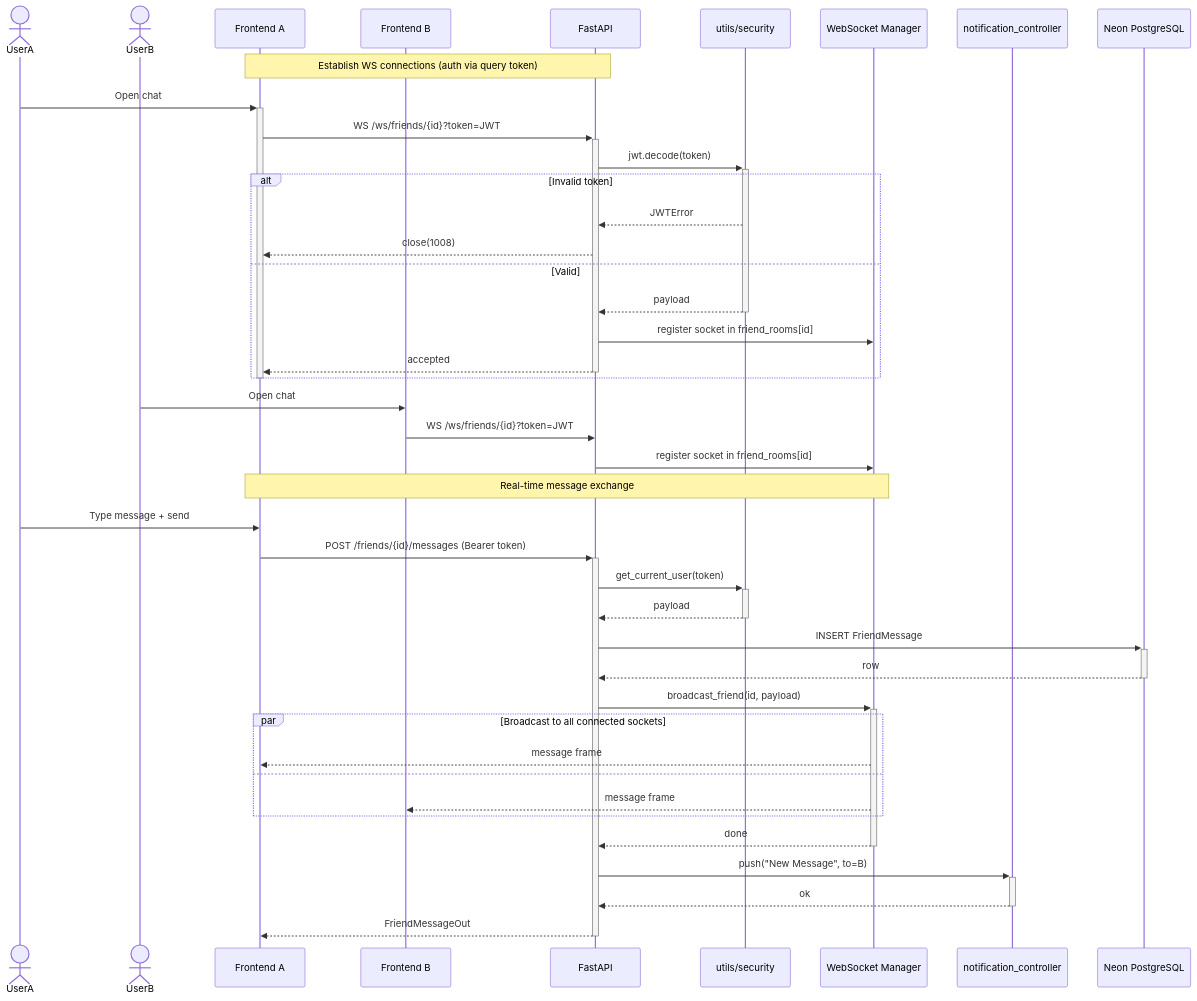
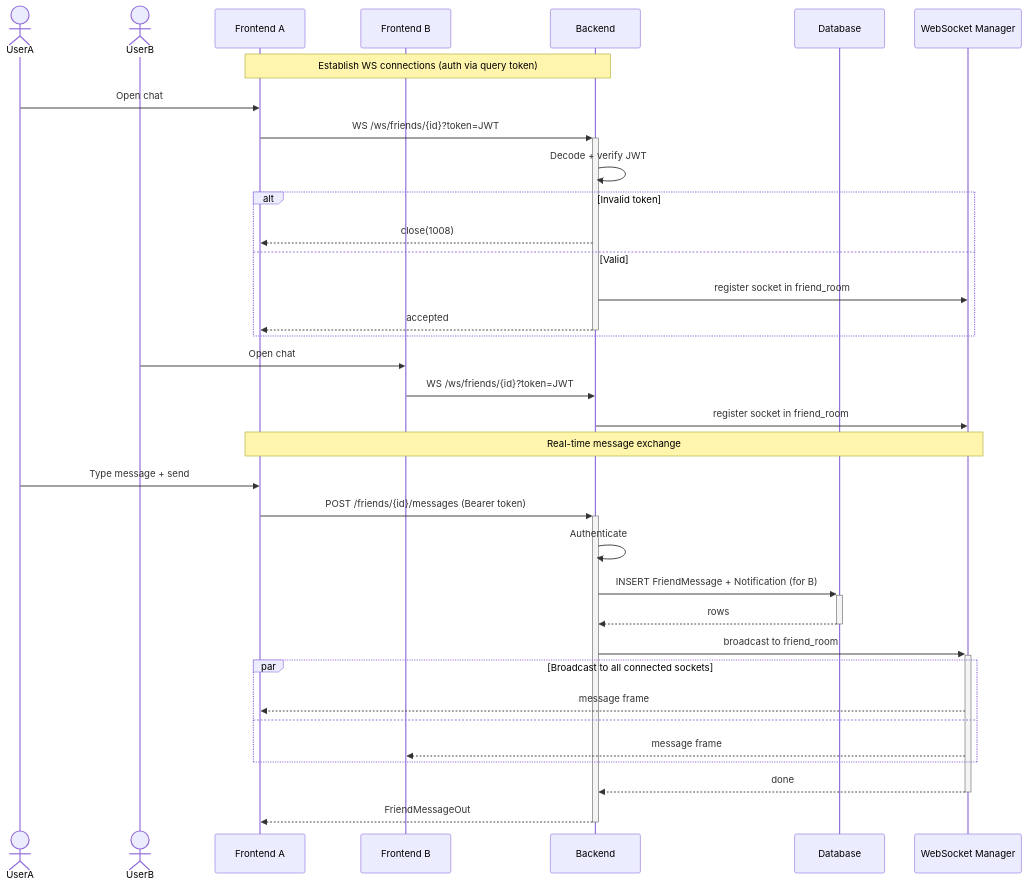
One commit to yazidha09/Hub4Learners changed the fourth of 5 diagrams in docs/sprints/SPRINT_5.md. Above: the diagram before and after it, drawn with Mermaid. The commit also changed other lines of this file and 5 other files, not shown here.

````diff
--- a/docs/sprints/SPRINT_5.md
+++ b/docs/sprints/SPRINT_5.md
@@ -189,50 +189,42 @@
 ```mermaid
 sequenceDiagram
     actor UserA
     actor UserB
     participant FA as Frontend A
     participant FB as Frontend B
-    participant API as FastAPI
-    participant Sec as utils/security
+    participant Backend
+    participant DB as Database
     participant WS as WebSocket Manager
-    participant Notif as notification_controller
-    participant DB as Neon PostgreSQL
 
-    Note over FA,API: Establish WS connections (auth via query token)
+    Note over FA,Backend: Establish WS connections (auth via query token)
 
-    UserA->>+FA: Open chat
-    FA->>+API: WS /ws/friends/{id}?token=JWT
-    API->>+Sec: jwt.decode(token)
+    UserA->>FA: Open chat
+    FA->>+Backend: WS /ws/friends/{id}?token=JWT
+    Backend->>Backend: Decode + verify JWT
     alt Invalid token
-        Sec-->>API: JWTError
-        API-->>FA: close(1008)
+        Backend-->>FA: close(1008)
     else Valid
-        Sec-->>-API: payload
-        API->>WS: register socket in friend_rooms[id]
-        API-->>-FA: accepted
+        Backend->>WS: register socket in friend_room
+        Backend-->>-FA: accepted
     end
-    deactivate FA
 
     UserB->>FB: Open chat
-    FB->>API: WS /ws/friends/{id}?token=JWT
-    API->>WS: register socket in friend_rooms[id]
+    FB->>Backend: WS /ws/friends/{id}?token=JWT
+    Backend->>WS: register socket in friend_room
 
     Note over FA,WS: Real-time message exchange
 
     UserA->>FA: Type message + send
-    FA->>+API: POST /friends/{id}/messages (Bearer token)
-    API->>+Sec: get_current_user(token)
-    Sec-->>-API: payload
-    API->>+DB: INSERT FriendMessage
-    DB-->>-API: row
-    API->>+WS: broadcast_friend(id, payload)
+    FA->>+Backend: POST /friends/{id}/messages (Bearer token)
+    Backend->>Backend: Authenticate
+    Backend->>+DB: INSERT FriendMessage + Notification (for B)
+    DB-->>-Backend: rows
+    Backend->>+WS: broadcast to friend_room
     par Broadcast to all connected sockets
         WS-->>FA: message frame
     and
         WS-->>FB: message frame
     end
-    WS-->>-API: done
-    API->>+Notif: push("New Message", to=B)
-    Notif-->>-API: ok
-    API-->>-FA: FriendMessageOut
+    WS-->>-Backend: done
+    Backend-->>-FA: FriendMessageOut
 ```
````
